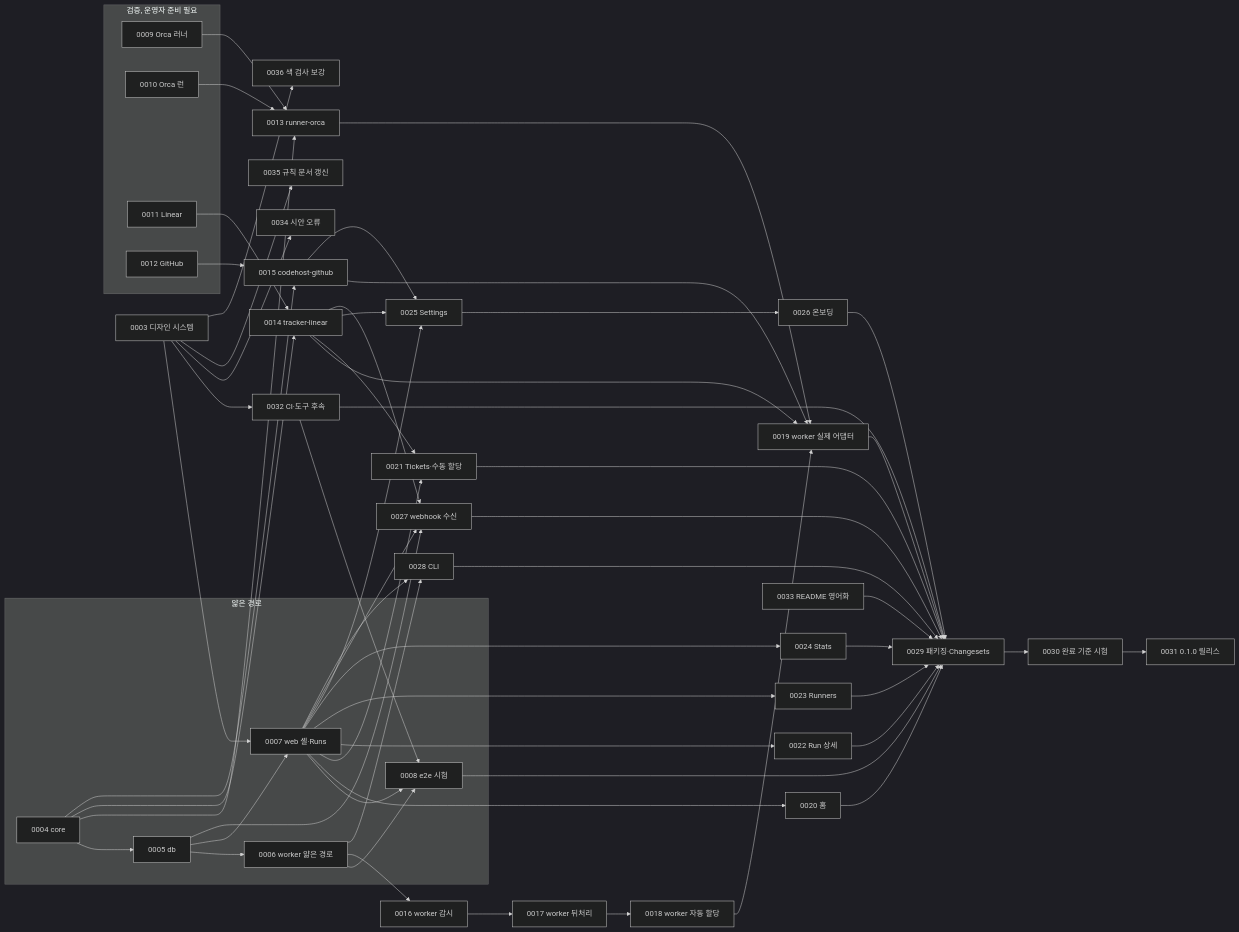
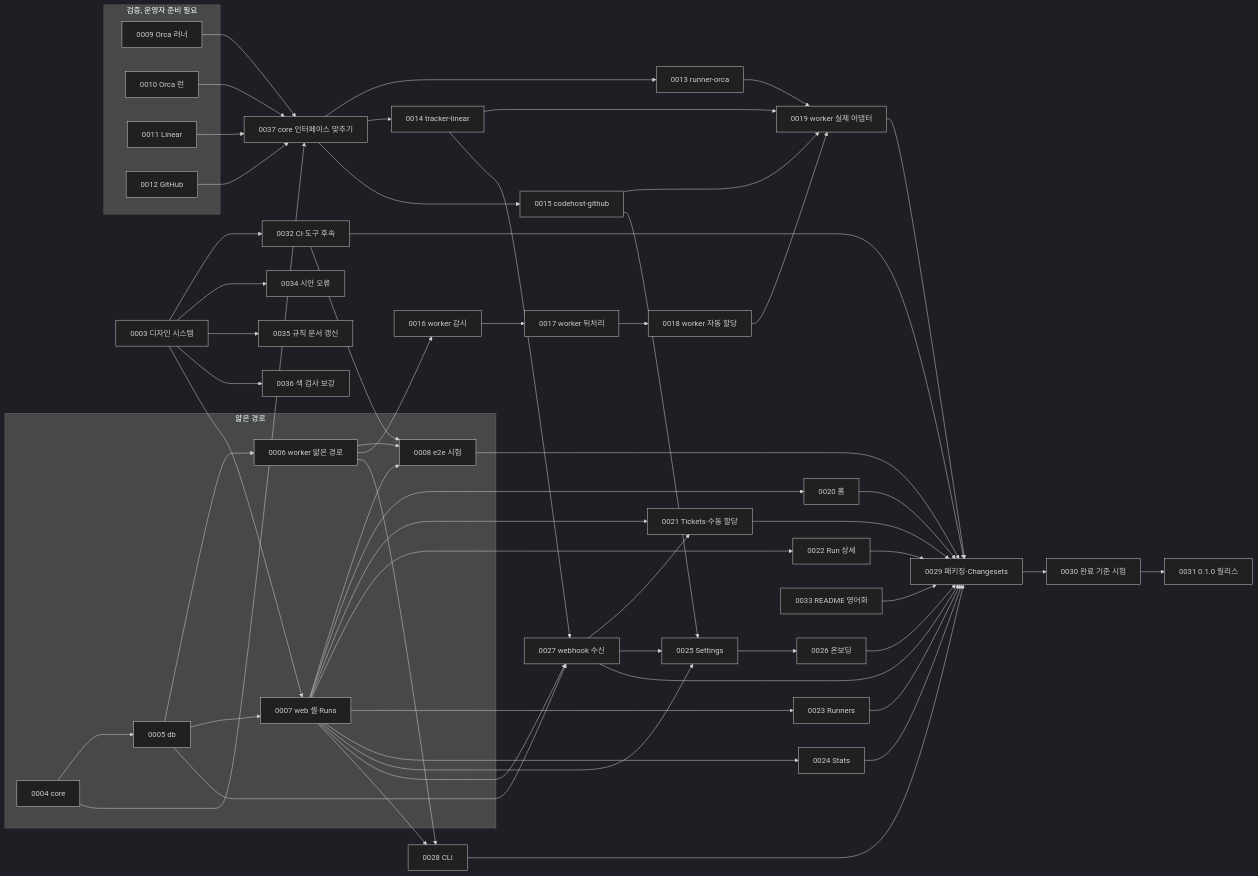
The diagram in docs/tickets/README.md (sht02048/factory-orchestrator), drawn with Mermaid (dark theme) before and after one commit. The commit also changed other lines of this file and 14 other files, not shown here.

````diff
--- a/docs/tickets/README.md
+++ b/docs/tickets/README.md
@@ -13,62 +13,63 @@
 ```mermaid
 graph LR
   T0003[0003 디자인 시스템]
 
   subgraph thin[얇은 경로]
     T0004[0004 core] --> T0005[0005 db]
     T0005 --> T0006[0006 worker 얇은 경로]
     T0005 --> T0007[0007 web 셸·Runs]
     T0006 --> T0008[0008 e2e 시험]
     T0007 --> T0008
   end
   T0003 --> T0007
 
   subgraph verify[검증, 운영자 준비 필요]
     T0009[0009 Orca 러너]
     T0010[0010 Orca 런]
     T0011[0011 Linear]
     T0012[0012 GitHub]
   end
 
-  T0004 --> T0013[0013 runner-orca]
-  T0009 --> T0013
-  T0010 --> T0013
-  T0004 --> T0014[0014 tracker-linear]
-  T0011 --> T0014
-  T0004 --> T0015[0015 codehost-github]
-  T0012 --> T0015
+  T0004 --> T0037[0037 core 인터페이스 맞추기]
+  T0009 --> T0037
+  T0010 --> T0037
+  T0011 --> T0037
+  T0012 --> T0037
+  T0037 --> T0013[0013 runner-orca]
+  T0037 --> T0014[0014 tracker-linear]
+  T0037 --> T0015[0015 codehost-github]
 
   T0006 --> T0016[0016 worker 감시] --> T0017[0017 worker 뒤처리] --> T0018[0018 worker 자동 할당] --> T0019[0019 worker 실제 어댑터]
   T0013 --> T0019
   T0014 --> T0019
   T0015 --> T0019
 
   T0007 --> T0020[0020 홈]
   T0007 --> T0021[0021 Tickets·수동 할당]
-  T0014 --> T0021
+  T0027 --> T0021
   T0007 --> T0022[0022 Run 상세]
   T0007 --> T0023[0023 Runners]
   T0007 --> T0024[0024 Stats]
   T0007 --> T0025[0025 Settings]
-  T0014 --> T0025
+  T0027 --> T0025
   T0015 --> T0025
   T0025 --> T0026[0026 온보딩]
   T0005 --> T0027[0027 webhook 수신]
   T0007 --> T0027
   T0014 --> T0027
 
   T0006 --> T0028[0028 CLI]
   T0007 --> T0028
 
   T0003 --> T0032[0032 CI·도구 후속]
   T0032 --> T0008
   T0003 --> T0034[0034 시안 오류]
   T0003 --> T0035
   T0003 --> T0036
   T0033[0033 README 영어화]
   T0035[0035 규칙 문서 갱신]
   T0036[0036 색 검사 보강]
 
   T0008 & T0019 & T0020 & T0021 & T0022 & T0023 & T0024 & T0026 & T0027 & T0028 & T0032 & T0033 --> T0029[0029 패키징·Changesets]
   T0029 --> T0030[0030 완료 기준 시험] --> T0031[0031 0.1.0 릴리스]
 ```
````
